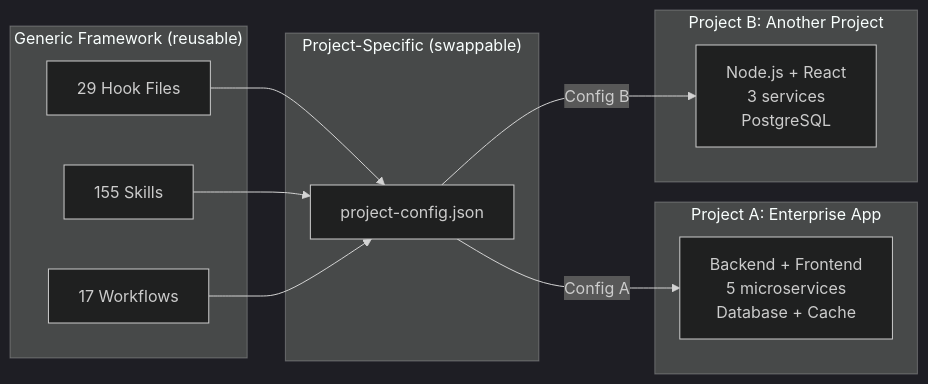
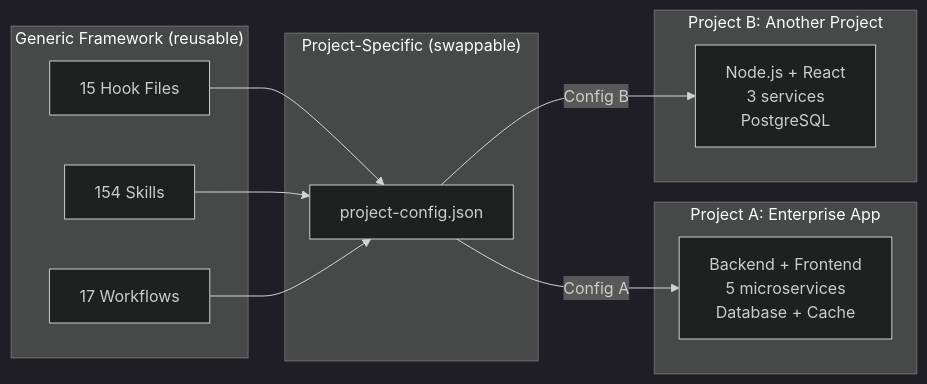
Before and after one commit to duc01226/easy-claude: the eighth of 20 diagrams in .claude/docs/claude-ai-agent-framework-guide.md, drawn with Mermaid (dark theme). The commit also changed other lines of this file and 327 other files, not shown here.

````diff
--- a/.claude/docs/claude-ai-agent-framework-guide.md
+++ b/.claude/docs/claude-ai-agent-framework-guide.md
@@ -881,24 +876,24 @@
 ```mermaid
 graph LR
     subgraph "Generic Framework (reusable)"
-        H[29 Hook Files]
-        S[155 Skills]
+        H[15 Hook Files]
+        S[154 Skills]
         W[17 Workflows]
     end
 
     subgraph "Project-Specific (swappable)"
         PC[project-config.json]
     end
 
     subgraph "Project A: Enterprise App"
         PA[Backend + Frontend<br/>5 microservices<br/>Database + Cache]
     end
 
     subgraph "Project B: Another Project"
         PB[Node.js + React<br/>3 services<br/>PostgreSQL]
     end
 
     H & S & W --> PC
     PC -->|Config A| PA
     PC -->|Config B| PB
 ```
````
